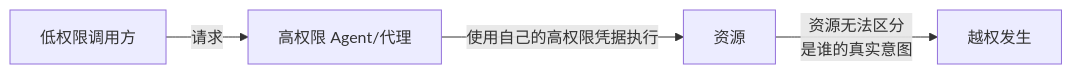
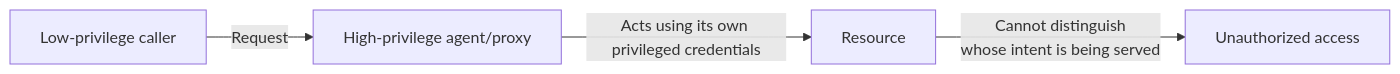
Before and after one commit to oneleaveknowsthefall/awesome-ai-roadmap: the second of 3 diagrams in docs/safety/04-agent-execution-isolation/07-agent-tool-mcp-a2a-least-privilege-identity.md, drawn with Mermaid. The commit also changed other lines of this file and 82 other files, not shown here.

````diff
--- a/docs/safety/04-agent-execution-isolation/07-agent-tool-mcp-a2a-least-privilege-identity.md
+++ b/docs/safety/04-agent-execution-isolation/07-agent-tool-mcp-a2a-least-privilege-identity.md
@@ -48,6 +48,6 @@
 ```mermaid
 flowchart LR
-    U[低权限调用方] -->|请求| D[高权限 Agent/代理]
-    D -->|使用自己的高权限凭据执行| R[资源]
-    R -->|资源无法区分<br/>是谁的真实意图| X[越权发生]
+    U[Low-privilege caller] -->|Request| D[High-privilege agent/proxy]
+    D -->|Acts using its own privileged credentials| R[Resource]
+    R -->|Cannot distinguish<br/>whose intent is being served| X[Unauthorized access]
 ```
````
